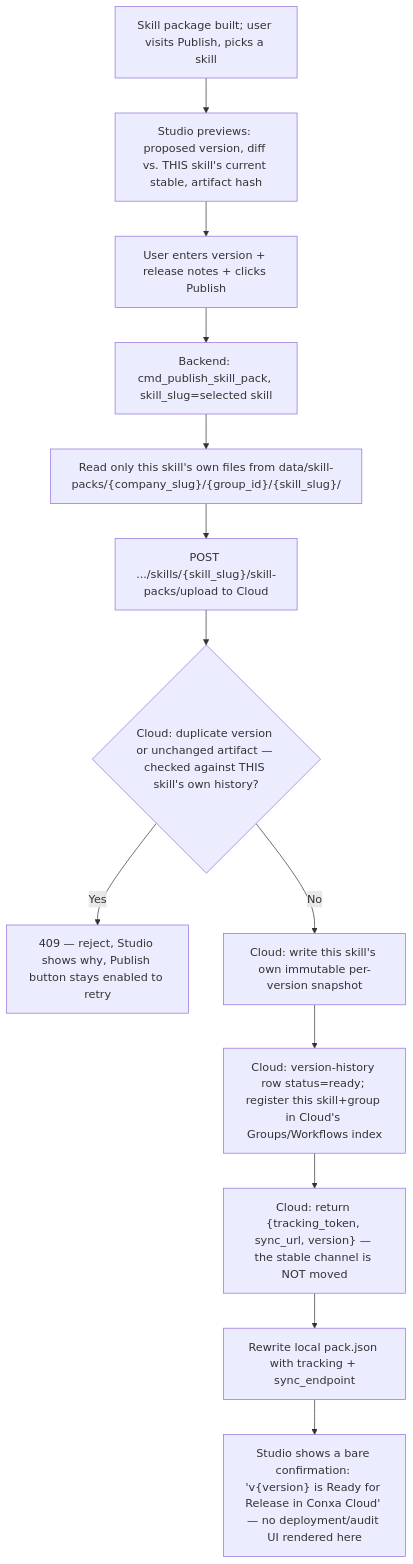
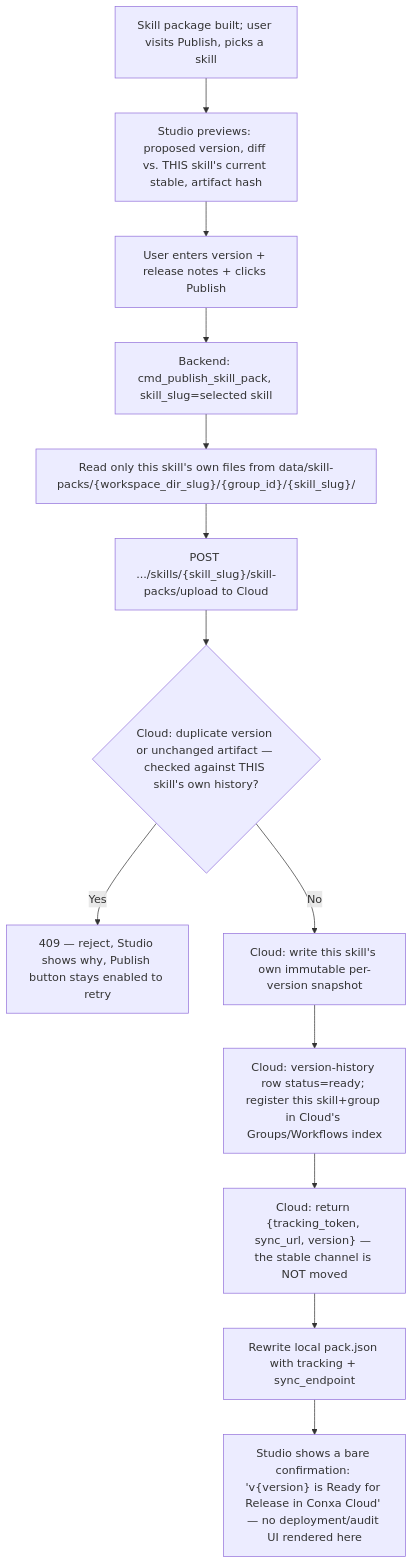
One commit to Cannonbold2412/CONXA changed the tenth of 20 diagrams in docs/App-Flow.md. Above: the diagram before and after it, drawn with Mermaid. The commit also changed other lines of this file and 6 other files, not shown here.

First line of the commit message:
docs: reflect the company_slug removal and Studio toolbar changes

````diff
--- a/docs/App-Flow.md
+++ b/docs/App-Flow.md
@@ -384,15 +384,15 @@
 ```mermaid
 flowchart TD
     A[Skill package built; user visits Publish, picks a skill] --> A2["Studio previews: proposed version, diff vs. THIS skill's current stable, artifact hash"]
     A2 --> B[User enters version + release notes + clicks Publish]
     B --> C[Backend: cmd_publish_skill_pack, skill_slug=selected skill]
-    C --> D["Read only this skill's own files from data/skill-packs/{company_slug}/{group_id}/{skill_slug}/"]
+    C --> D["Read only this skill's own files from data/skill-packs/{workspace_dir_slug}/{group_id}/{skill_slug}/"]
     D --> E["POST .../skills/{skill_slug}/skill-packs/upload to Cloud"]
     E --> F{Cloud: duplicate version or unchanged artifact — checked against THIS skill's own history?}
     F -->|Yes| F2[409 — reject, Studio shows why, Publish button stays enabled to retry]
     F -->|No| G["Cloud: write this skill's own immutable per-version snapshot"]
     G --> H["Cloud: version-history row status=ready; register this skill+group in Cloud's Groups/Workflows index"]
     H --> I["Cloud: return {tracking_token, sync_url, version} — the stable channel is NOT moved"]
     I --> J[Rewrite local pack.json with tracking + sync_endpoint]
     J --> K["Studio shows a bare confirmation: 'v{version} is Ready for Release in Conxa Cloud' — no deployment/audit UI rendered here"]
 ```
````
